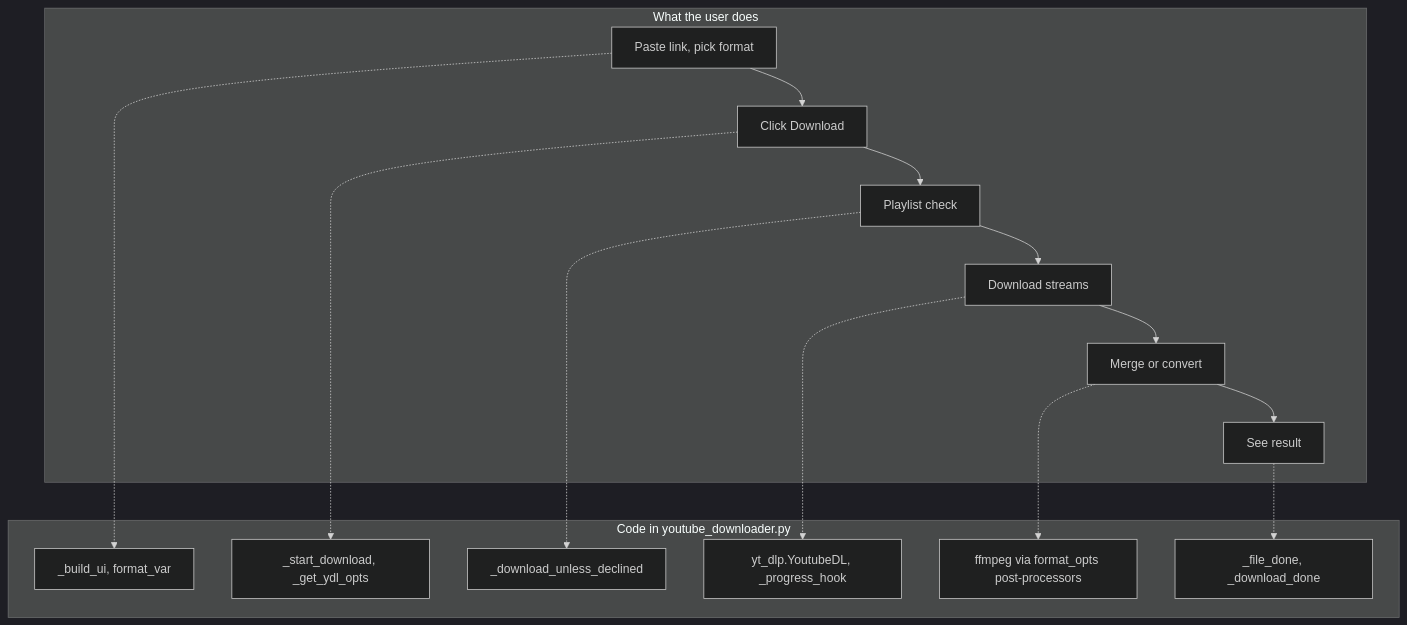
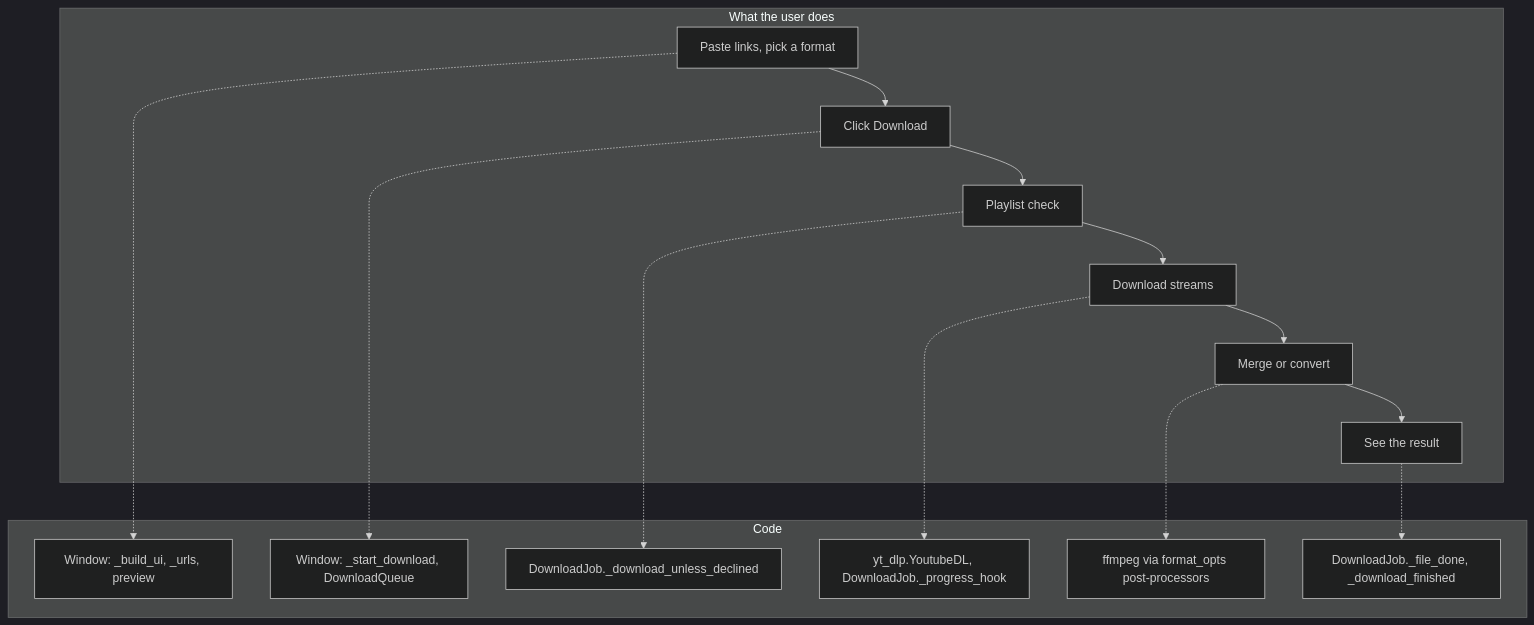
The diagram in docs/wiki/01-overview.md (lifeupnorth/YouTubeDownloader), drawn with Mermaid (dark theme) before and after one commit. The commit also changed other lines of this file and 9 other files, not shown here.

First line of the commit message:
Refresh the wiki for the engine split and the download queue

````diff
--- a/docs/wiki/01-overview.md
+++ b/docs/wiki/01-overview.md
@@ -45,24 +51,24 @@
 ```mermaid
 flowchart TB
     subgraph concepts ["What the user does"]
-        pick["Paste link, pick format"] --> start["Click Download"]
+        pick["Paste links, pick a format"] --> start["Click Download"]
         start --> list["Playlist check"]
         list --> fetch["Download streams"]
         fetch --> post["Merge or convert"]
-        post --> report["See result"]
+        post --> report["See the result"]
     end
-    subgraph code ["Code in youtube_downloader.py"]
-        c1["_build_ui, format_var"]
-        c2["_start_download, _get_ydl_opts"]
-        c3["_download_unless_declined"]
-        c4["yt_dlp.YoutubeDL, _progress_hook"]
+    subgraph code ["Code"]
+        c1["Window: _build_ui, _urls, preview"]
+        c2["Window: _start_download, DownloadQueue"]
+        c3["DownloadJob._download_unless_declined"]
+        c4["yt_dlp.YoutubeDL, DownloadJob._progress_hook"]
         c5["ffmpeg via format_opts post-processors"]
-        c6["_file_done, _download_done"]
+        c6["DownloadJob._file_done, _download_finished"]
     end
     pick -.-> c1
     start -.-> c2
     list -.-> c3
     fetch -.-> c4
     post -.-> c5
     report -.-> c6
 ```
````
